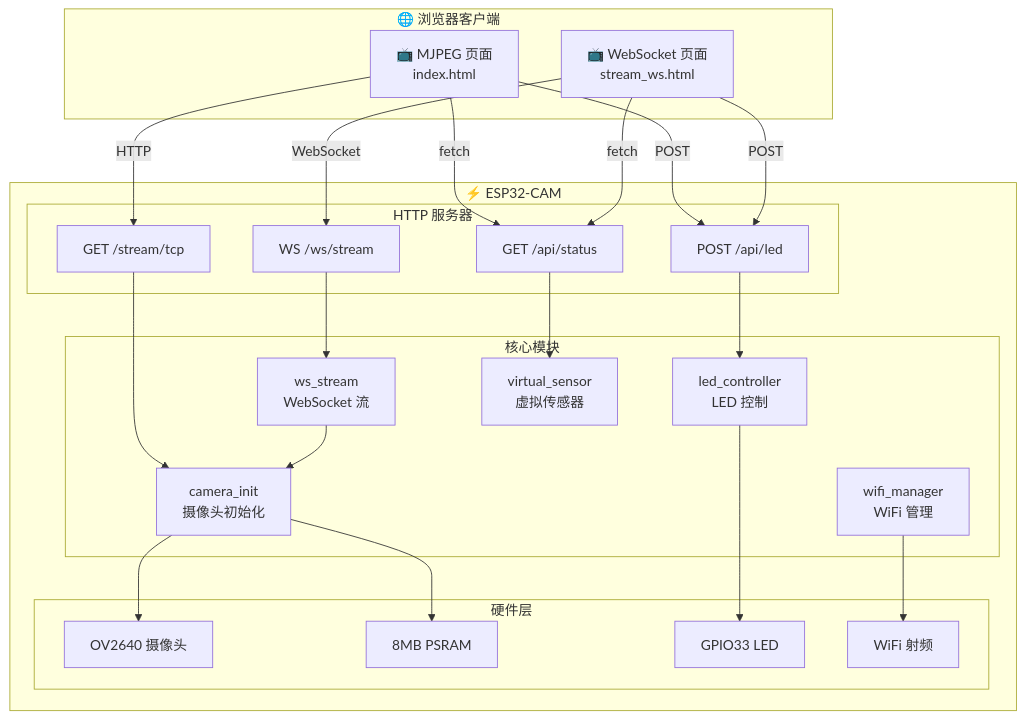
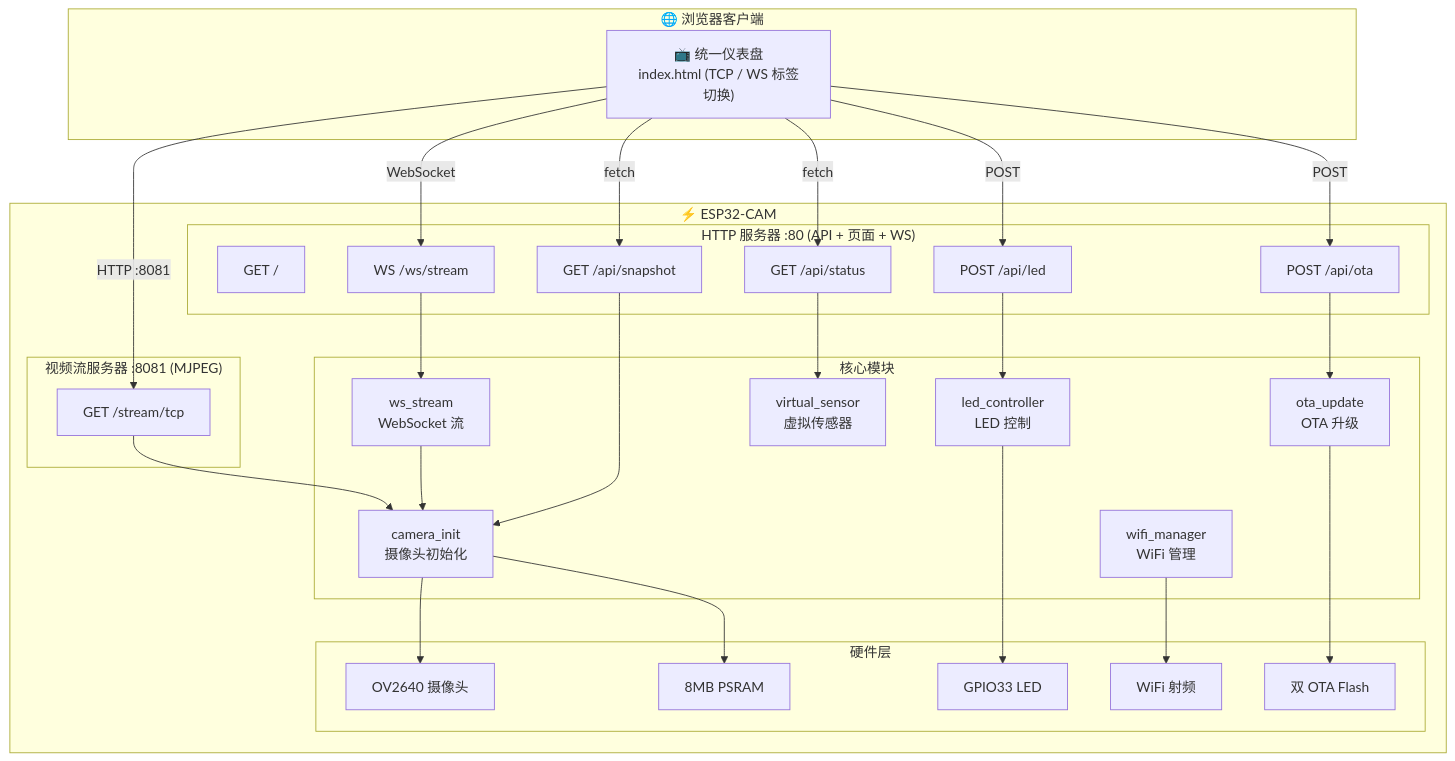
The diagram in README_CN.md (chinawrj/Autopilot-ESP32-CAM), drawn with Mermaid before and after one commit. The commit also changed other lines of this file and 6 other files, not shown here.

````diff
--- a/README_CN.md
+++ b/README_CN.md
@@ -79,44 +82,54 @@
 ```mermaid
 graph TB
     subgraph Browser["🌐 浏览器客户端"]
-        A1["📺 MJPEG 页面<br/>index.html"]
-        A2["📺 WebSocket 页面<br/>stream_ws.html"]
+        A1["📺 统一仪表盘<br/>index.html (TCP / WS 标签切换)"]
     end
 
     subgraph ESP["⚡ ESP32-CAM"]
-        subgraph HTTP["HTTP 服务器"]
-            B2["GET /stream/tcp"]
+        subgraph HTTP80["HTTP 服务器 :80 (API + 页面 + WS)"]
+            B1["GET /"]
             B4["GET /api/status"]
             B5["POST /api/led"]
             B6["WS /ws/stream"]
+            B7["GET /api/snapshot"]
+            B8["POST /api/ota"]
+        end
+
+        subgraph HTTP8081["视频流服务器 :8081 (MJPEG)"]
+            B2["GET /stream/tcp"]
         end
 
         subgraph Modules["核心模块"]
             C1["wifi_manager<br/>WiFi 管理"]
             C2["camera_init<br/>摄像头初始化"]
             C3["ws_stream<br/>WebSocket 流"]
             C4["led_controller<br/>LED 控制"]
             C5["virtual_sensor<br/>虚拟传感器"]
+            C6["ota_update<br/>OTA 升级"]
         end
 
         subgraph HW["硬件层"]
             D2["OV2640 摄像头"]
             D3["8MB PSRAM"]
             D4["GPIO33 LED"]
             D5["WiFi 射频"]
+            D6["双 OTA Flash"]
         end
     end
 
-    A1 -- "HTTP" --> B2
-    A2 -- "WebSocket" --> B6
-    A1 & A2 -- "fetch" --> B4
-    A1 & A2 -- "POST" --> B5
+    A1 -- "HTTP :8081" --> B2
+    A1 -- "WebSocket" --> B6
+    A1 -- "fetch" --> B4 & B7
+    A1 -- "POST" --> B5 & B8
 
     B2 --> C2
     B6 --> C3 --> C2
+    B7 --> C2
     B4 --> C5
     B5 --> C4
+    B8 --> C6
     C1 --> D5
     C2 --> D2 & D3
     C4 --> D4
+    C6 --> D6
 ```
````
